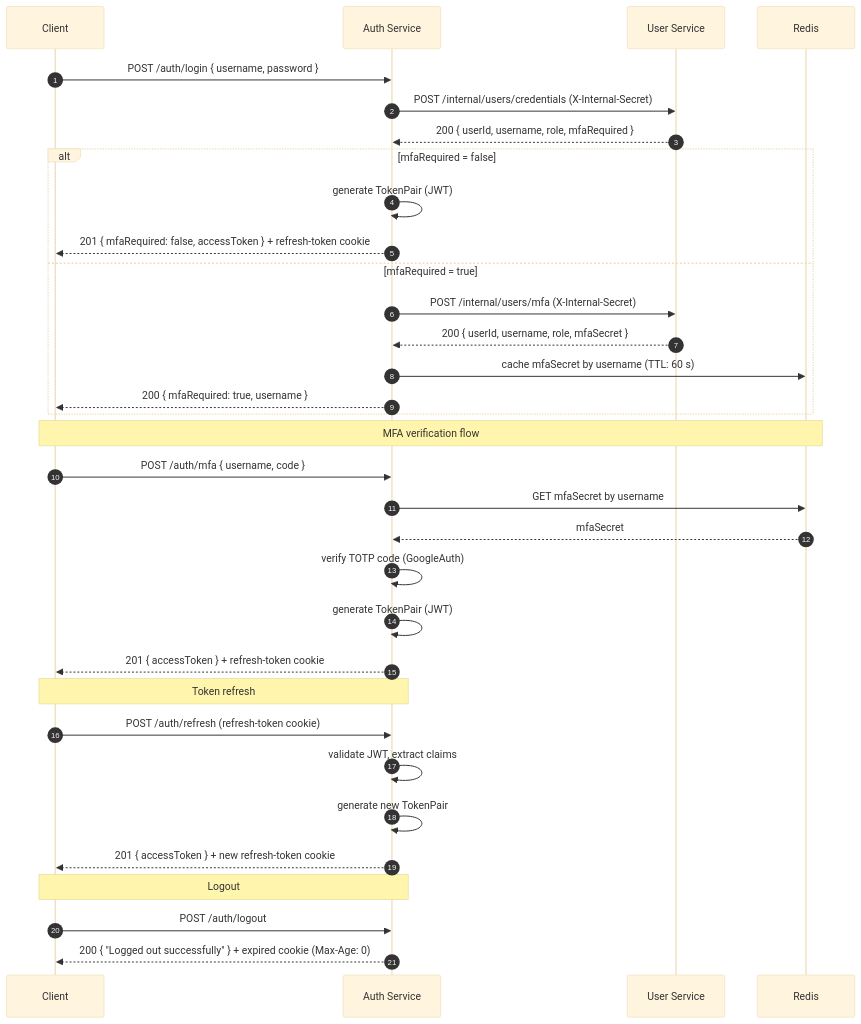
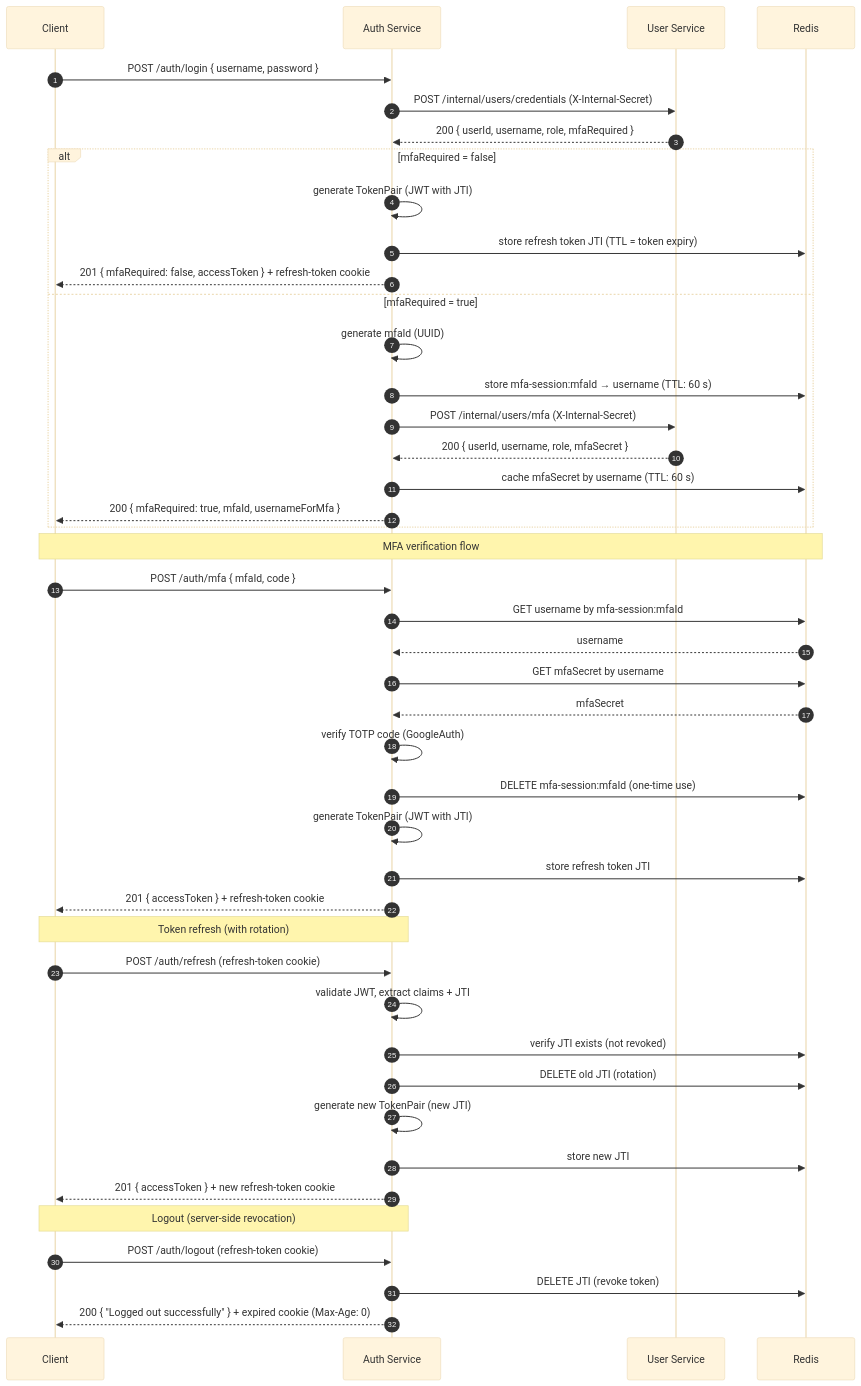
One commit to mrzodeczko-dev/security-platform changed the first of 2 diagrams in README.md. Above: the diagram before and after it, drawn with Mermaid (base theme). The commit also changed other lines of this file and 2 other files, not shown here.

Commit message:
feat: enhance JWT handling with JTI support and update MFA session management

````diff
--- a/README.md
+++ b/README.md
@@ -50,40 +50,51 @@
 ```mermaid
 sequenceDiagram
     autonumber
     participant C as Client
     participant AS as Auth Service
     participant US as User Service
     participant R as Redis
 
     C->>AS: POST /auth/login { username, password }
     AS->>US: POST /internal/users/credentials (X-Internal-Secret)
     US-->>AS: 200 { userId, username, role, mfaRequired }
 
     alt mfaRequired = false
-        AS->>AS: generate TokenPair (JWT)
+        AS->>AS: generate TokenPair (JWT with JTI)
+        AS->>R: store refresh token JTI (TTL = token expiry)
         AS-->>C: 201 { mfaRequired: false, accessToken } + refresh-token cookie
     else mfaRequired = true
+        AS->>AS: generate mfaId (UUID)
+        AS->>R: store mfa-session:mfaId → username (TTL: 60 s)
         AS->>US: POST /internal/users/mfa (X-Internal-Secret)
         US-->>AS: 200 { userId, username, role, mfaSecret }
         AS->>R: cache mfaSecret by username (TTL: 60 s)
-        AS-->>C: 200 { mfaRequired: true, username }
+        AS-->>C: 200 { mfaRequired: true, mfaId, usernameForMfa }
     end
 
     Note over C,R: MFA verification flow
-    C->>AS: POST /auth/mfa { username, code }
+    C->>AS: POST /auth/mfa { mfaId, code }
+    AS->>R: GET username by mfa-session:mfaId
+    R-->>AS: username
     AS->>R: GET mfaSecret by username
     R-->>AS: mfaSecret
     AS->>AS: verify TOTP code (GoogleAuth)
-    AS->>AS: generate TokenPair (JWT)
+    AS->>R: DELETE mfa-session:mfaId (one-time use)
+    AS->>AS: generate TokenPair (JWT with JTI)
+    AS->>R: store refresh token JTI
     AS-->>C: 201 { accessToken } + refresh-token cookie
 
-    Note over C,AS: Token refresh
+    Note over C,AS: Token refresh (with rotation)
     C->>AS: POST /auth/refresh (refresh-token cookie)
-    AS->>AS: validate JWT, extract claims
-    AS->>AS: generate new TokenPair
+    AS->>AS: validate JWT, extract claims + JTI
+    AS->>R: verify JTI exists (not revoked)
+    AS->>R: DELETE old JTI (rotation)
+    AS->>AS: generate new TokenPair (new JTI)
+    AS->>R: store new JTI
     AS-->>C: 201 { accessToken } + new refresh-token cookie
 
-    Note over C,AS: Logout
-    C->>AS: POST /auth/logout
+    Note over C,AS: Logout (server-side revocation)
+    C->>AS: POST /auth/logout (refresh-token cookie)
+    AS->>R: DELETE JTI (revoke token)
     AS-->>C: 200 { "Logged out successfully" } + expired cookie (Max-Age: 0)
 ```
````
